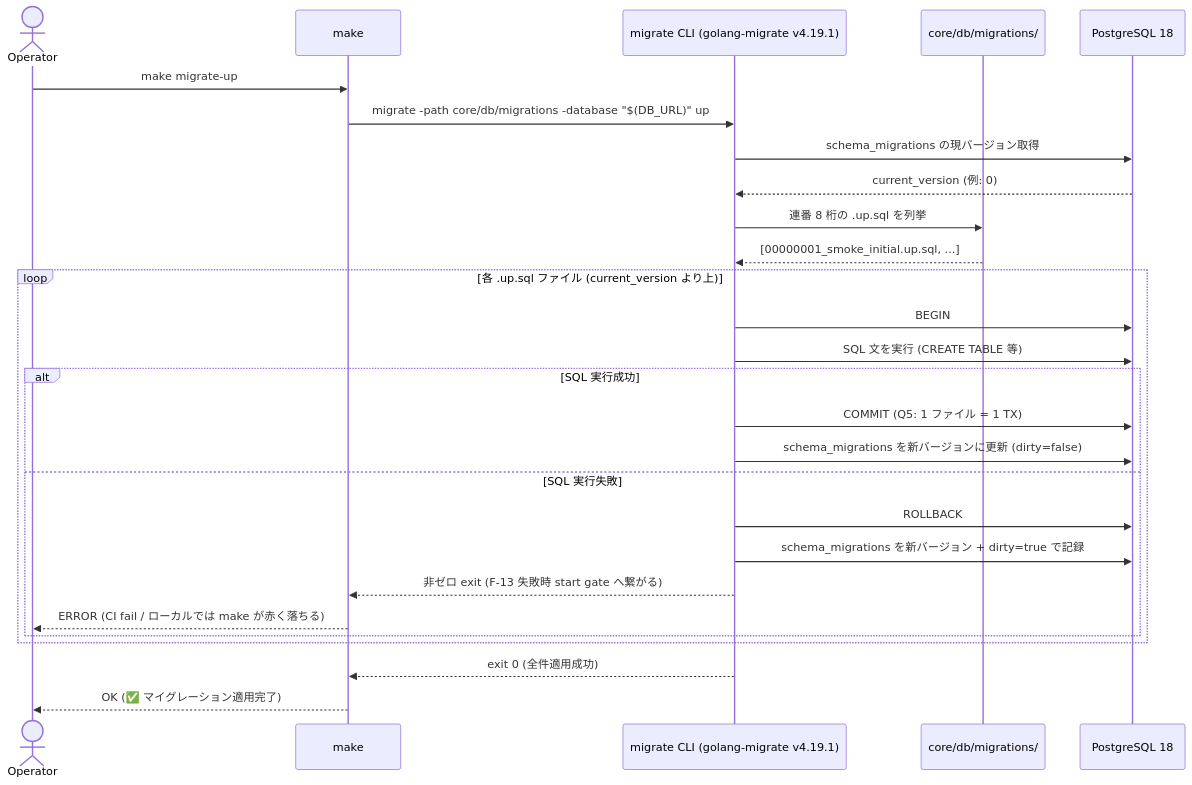
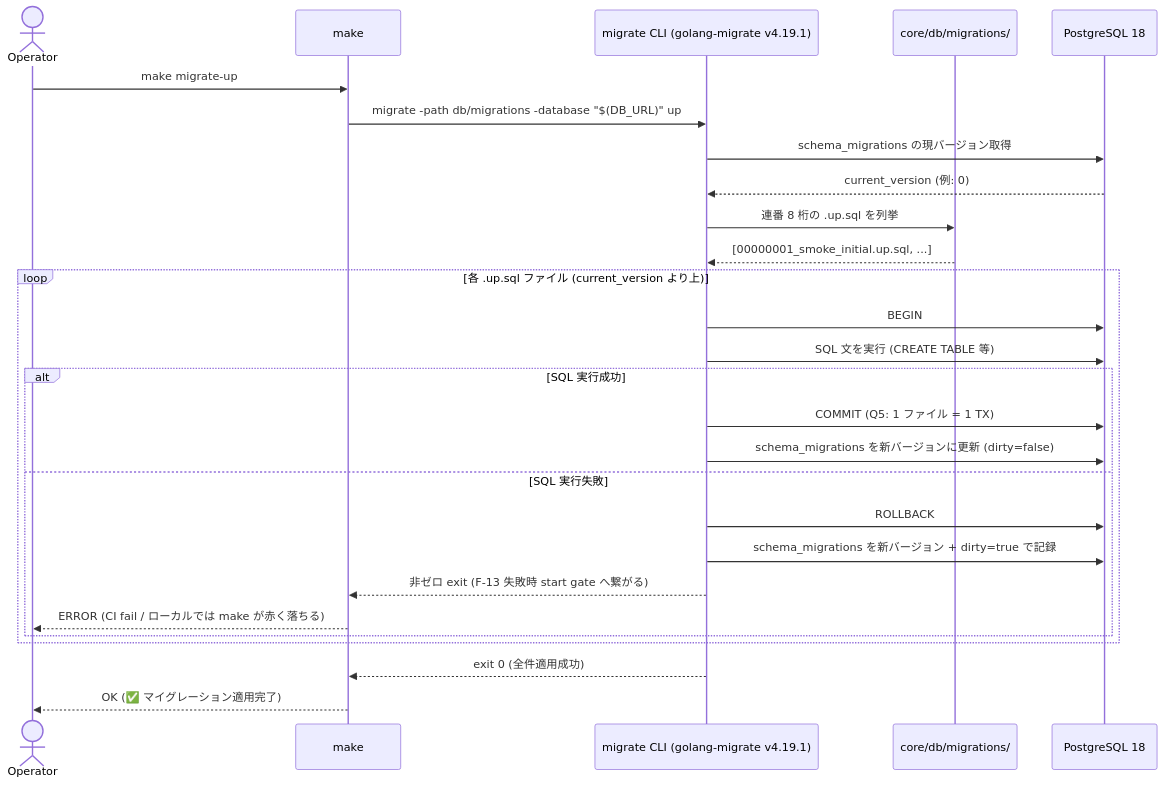
One commit to mktkhr/id-core changed the second of 6 diagrams in docs/specs/21/index.md. Above: the diagram before and after it, drawn with Mermaid. The commit also changed other lines of this file and 2 other files, not shown here.

Commit message:
docs:📝 M0.3 設計書 PR Codex P4 レビュー HIGH 2 / MEDIUM 1 反映
PR レビューで P4 単体に対し Codex から HIGH 2 件 + MEDIUM 1 件を指摘:

1. HIGH: Makefile 内 'migrate -path core/db/migrations' は make -C core 実行時の
   CWD = core/ から見ると 'core/core/db/migrations' を指してしまう
   → 'migrate -path db/migrations' (Makefile 起点の相対パス) に統一
   反映先: P2 ステップ 1 / P2 表 / P4 ステップ 2 / P4 設計仕様 / index.md
   sequence 図

2. HIGH: NewPool ヘルパーが接続失敗時に常に t.Skip だと CI でも失敗を
   取り逃がす自己矛盾
   → TEST_DB_REQUIRED=1 (CI で設定) なら t.Fatal、未設定 (ローカル) なら
   t.Skip の切り替え方式に変更
   反映先: P4 NewPool 仕様 / コード例 / CI workflow env

3. MEDIUM: 'go test -run ".*IntegrationTest.*"' 命名依存が強く、
   命名規則違反のテストが green のまま見落とされる
   → '-tags integration' ビルドタグ方式に変更し、統合テストファイルに
   '//go:build integration' 付与を規則化
   反映先: P4 ステップ 2 / Makefile サンプル

ゲート再達成見込み: CRITICAL=0/HIGH=0/MEDIUM<3。

Refs #21

````diff
--- a/docs/specs/21/index.md
+++ b/docs/specs/21/index.md
@@ -273,31 +273,31 @@
 ```mermaid
 sequenceDiagram
     actor Op as Operator
     participant Mk as make
     participant Mc as migrate CLI (golang-migrate v4.19.1)
     participant FS as core/db/migrations/
     participant PG as PostgreSQL 18
 
     Op->>Mk: make migrate-up
-    Mk->>Mc: migrate -path core/db/migrations -database "$(DB_URL)" up
+    Mk->>Mc: migrate -path db/migrations -database "$(DB_URL)" up
     Mc->>PG: schema_migrations の現バージョン取得
     PG-->>Mc: current_version (例: 0)
     Mc->>FS: 連番 8 桁の .up.sql を列挙
     FS-->>Mc: [00000001_smoke_initial.up.sql, ...]
 
     loop 各 .up.sql ファイル (current_version より上)
         Mc->>PG: BEGIN
         Mc->>PG: SQL 文を実行 (CREATE TABLE 等)
         alt SQL 実行成功
             Mc->>PG: COMMIT (Q5: 1 ファイル = 1 TX)
             Mc->>PG: schema_migrations を新バージョンに更新 (dirty=false)
         else SQL 実行失敗
             Mc->>PG: ROLLBACK
             Mc->>PG: schema_migrations を新バージョン + dirty=true で記録
             Mc-->>Mk: 非ゼロ exit (F-13 失敗時 start gate へ繋がる)
             Mk-->>Op: ERROR (CI fail / ローカルでは make が赤く落ちる)
         end
     end
     Mc-->>Mk: exit 0 (全件適用成功)
     Mk-->>Op: OK (✅ マイグレーション適用完了)
 ```
````
